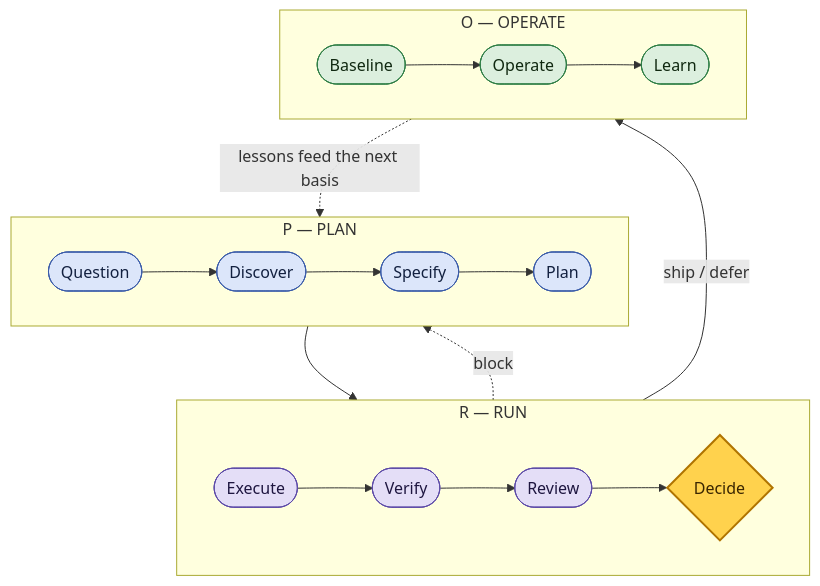
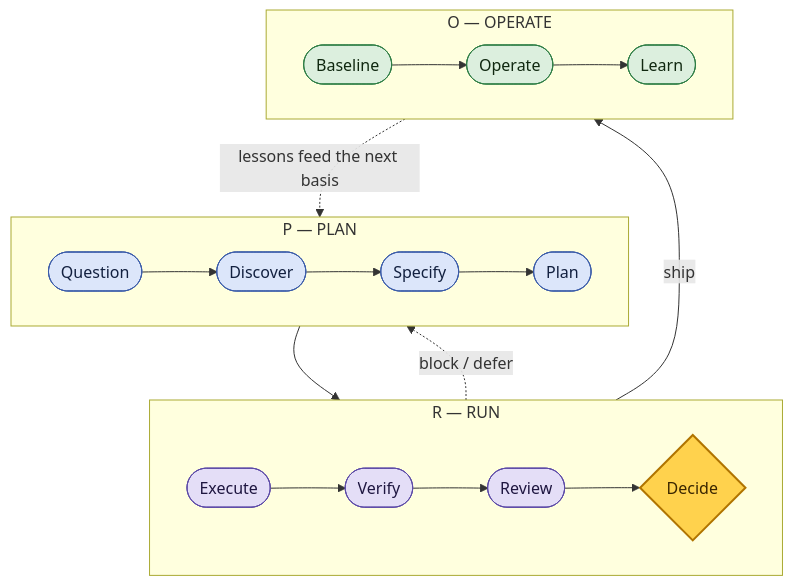
Before and after one commit to FlyFission/nuclear-grade-context-engineering: the second of 9 diagrams in docs/diagrams.md, drawn with Mermaid. The commit also changed other lines of this file and 9 other files, not shown here.

````diff
--- a/docs/diagrams.md
+++ b/docs/diagrams.md
@@ -47,28 +47,28 @@
 ```mermaid
 flowchart TB
   classDef plan fill:#DCE6FA,stroke:#3A5BA8,color:#12203F;
   classDef run fill:#E4DEF7,stroke:#5B49A6,color:#1E1640;
   %% 'emb': green style for the Baseline/Operate/Learn nodes; the class name is kept from before the Embed -> Educate rename (it is shared by both the PRO and PROVE diagrams).
   classDef emb fill:#DCEFDE,stroke:#2E7D45,color:#102810;
   classDef gate fill:#FFD24D,stroke:#B07400,color:#3A2600,stroke-width:2px;
   subgraph LP["P — PLAN"]
     direction LR
     A1(["Question"]) --> A2(["Discover"]) --> A3(["Specify"]) --> A4(["Plan"])
   end
   subgraph LRUN["R — RUN"]
     direction LR
     B1(["Execute"]) --> B2(["Verify"]) --> B3(["Review"]) --> B4{"Decide"}
   end
   subgraph LOPS["O — OPERATE"]
     direction LR
     C1(["Baseline"]) --> C2(["Operate"]) --> C3(["Learn"])
   end
   A4 --> B1
-  B4 -->|"ship / defer"| C1
-  B4 -.->|"block"| A4
+  B4 -->|"ship"| C1
+  B4 -.->|"block / defer"| A4
   C3 -.->|"lessons feed the next basis"| A1
   class A1,A2,A3,A4 plan
   class B1,B2,B3 run
   class B4 gate
   class C1,C2,C3 emb
 ```
````
